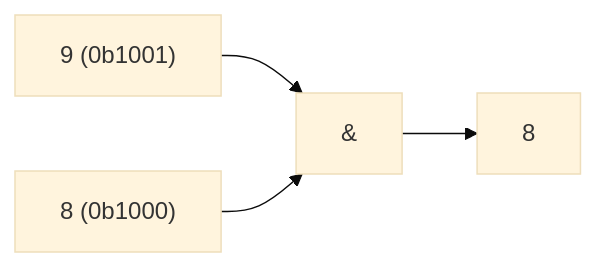
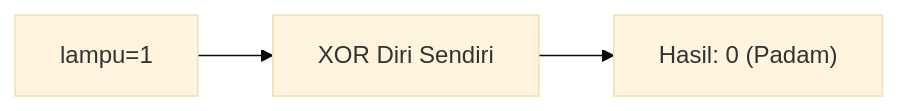
The tenth of 25 diagrams in part-c-pemahaman-cpp/06-bitwise/latihan/set-07.md (amnahwaida/OSNK_INF_PREP), drawn with Mermaid (base theme) before and after one commit. The commit also changed other lines of this file and 71 other files, not shown here.

````diff
--- a/part-c-pemahaman-cpp/06-bitwise/latihan/set-07.md
+++ b/part-c-pemahaman-cpp/06-bitwise/latihan/set-07.md
@@ -258,6 +266,5 @@
 ```mermaid
 graph LR
-A["9 (0b1001)"] --> C["&"]
-B["8 (0b1000)"] --> C
-C --> D["8"]
+A["lampu=1"] --> B["XOR Diri Sendiri"]
+B --> C["Hasil: 0 (Padam)"]
 ```
````
